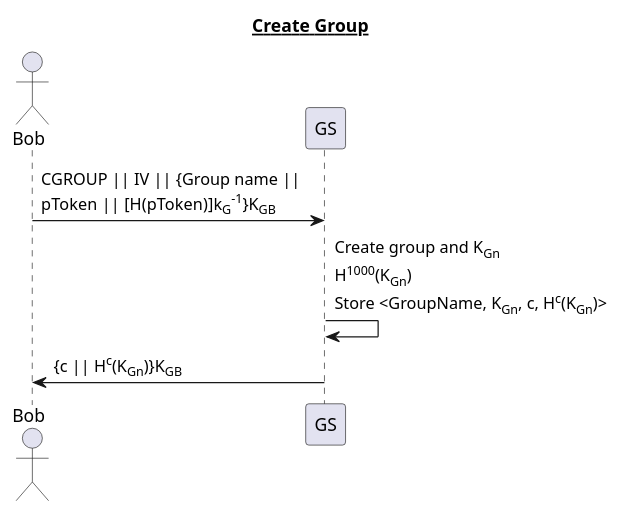
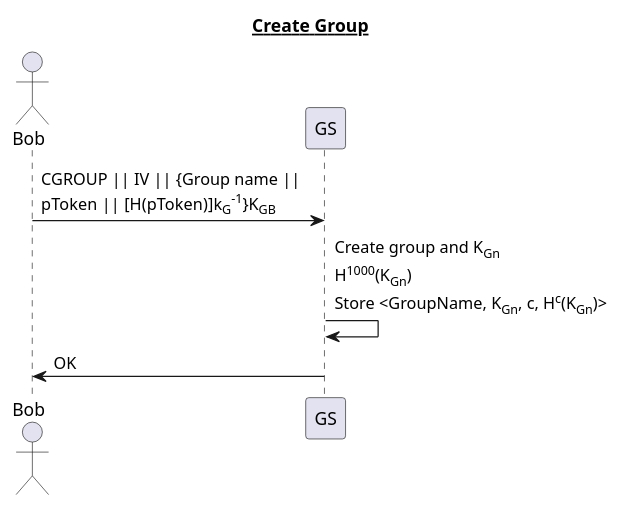
One commit to jondyer/cs1653-2017fa-jbd29-mar257-zds14 changed the diagram in reports/img/T6_Create_Group.puml. Above: the diagram before and after it, drawn with PlantUML. The commit also changed 9 other files, not shown here.

Commit message:
Updated T6 diagrams

```diff
--- a/reports/img/T6_Create_Group.puml
+++ b/reports/img/T6_Create_Group.puml
@@ -1,9 +1,9 @@
 @startuml
 title __Create Group__
 actor Bob
 participant GS
 
 Bob -> GS: CGROUP || IV || {Group name || \npToken || [H(pToken)]k<sub>G</sub><sup>-1</sup>}K<sub>GB</sub>
 GS -> GS: Create group and K<sub>Gn</sub> \nH<sup>1000</sup>(K<sub>Gn</sub>) \nStore <GroupName, K<sub>Gn</sub>, c, H<sup>c</sup>(K<sub>Gn</sub>)>
-GS -> Bob: {c || H<sup>c</sup>(K<sub>Gn</sub>)}K<sub>GB</sub>
+GS -> Bob: OK
 @enduml
```
